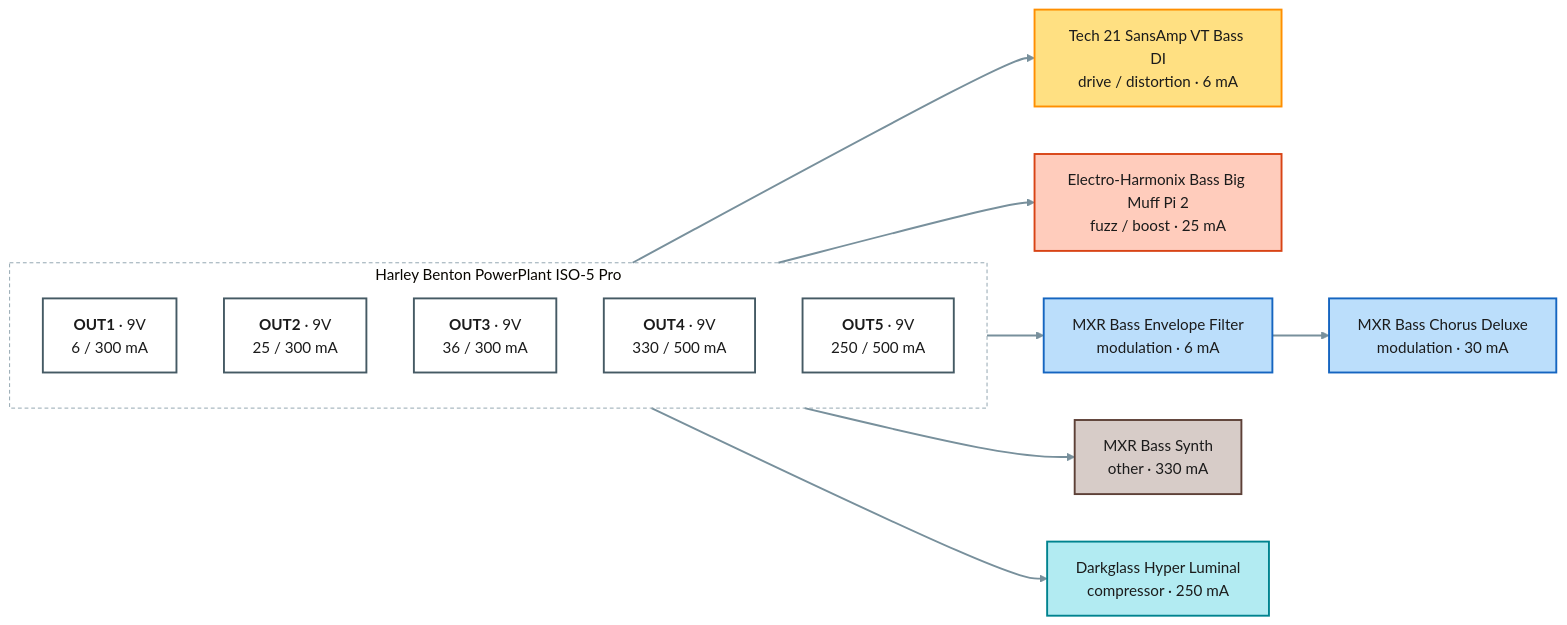
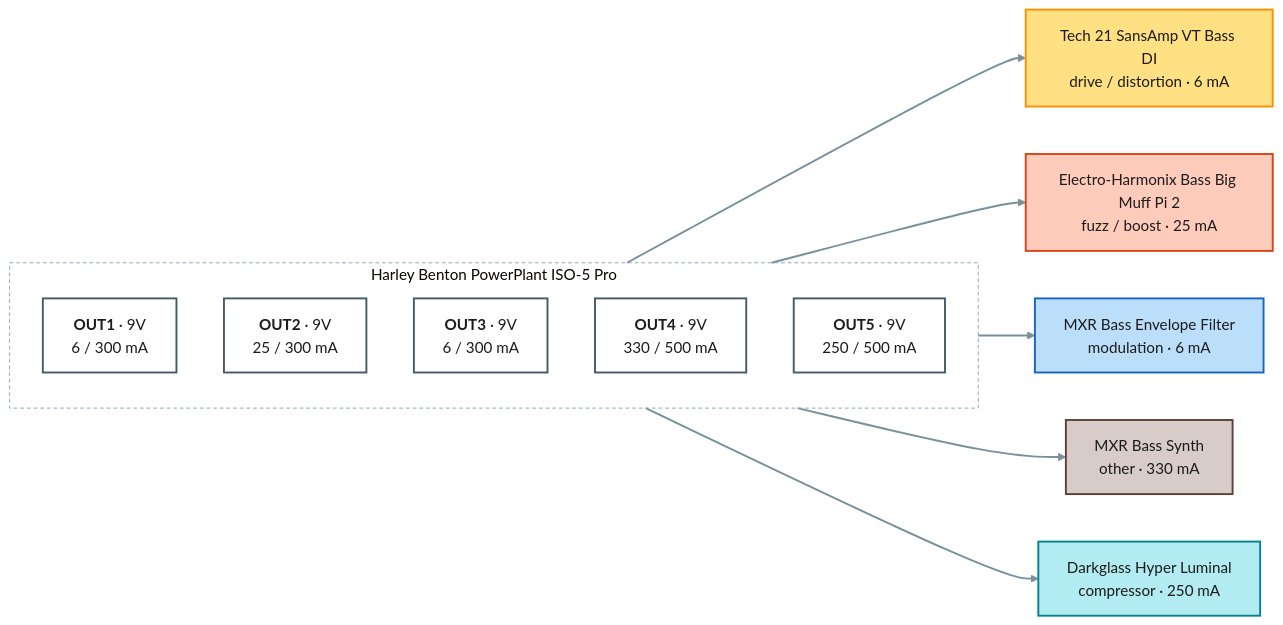
The second of 2 diagrams in projects/bass/README.md (pedroacvieira/pedalboard), drawn with Mermaid (base theme) before and after one commit. The commit also changed other lines of this file and 22 other files, not shown here.

Commit message:
Bass without the Chorus Deluxe (owner); practice proposals; pedal-preferences plan; handovers; TODO

````diff
--- a/projects/bass/README.md
+++ b/projects/bass/README.md
@@ -70,33 +60,31 @@
 ```mermaid
 flowchart LR
     subgraph psu1["Harley Benton PowerPlant ISO-5 Pro"]
         direction TB
         psu1_OUT1["<b>OUT1</b> · 9V<br/>6 / 300 mA"]:::out9
         psu1_OUT2["<b>OUT2</b> · 9V<br/>25 / 300 mA"]:::out9
-        psu1_OUT3["<b>OUT3</b> · 9V<br/>36 / 300 mA"]:::out9
+        psu1_OUT3["<b>OUT3</b> · 9V<br/>6 / 300 mA"]:::out9
         psu1_OUT4["<b>OUT4</b> · 9V<br/>330 / 500 mA"]:::out9
         psu1_OUT5["<b>OUT5</b> · 9V<br/>250 / 500 mA"]:::out9
     end
     tech21_vt_bass_di["Tech 21 SansAmp VT Bass DI<br/>drive / distortion · 6 mA"]:::c_drive___distortion
     ehx_bass_big_muff_2["Electro-Harmonix Bass Big Muff Pi 2<br/>fuzz / boost · 25 mA"]:::c_fuzz___boost
     mxr_bass_envelope_filter["MXR Bass Envelope Filter<br/>modulation · 6 mA"]:::c_modulation
-    mxr_bass_chorus_deluxe["MXR Bass Chorus Deluxe<br/>modulation · 30 mA"]:::c_modulation
     mxr_bass_synth["MXR Bass Synth<br/>other · 330 mA"]:::c_other
     darkglass_hyper_luminal["Darkglass Hyper Luminal<br/>compressor · 250 mA"]:::c_compressor
     psu1_OUT1 --> tech21_vt_bass_di
     psu1_OUT2 --> ehx_bass_big_muff_2
     psu1_OUT3 --> mxr_bass_envelope_filter
-    mxr_bass_envelope_filter --> mxr_bass_chorus_deluxe
     psu1_OUT4 --> mxr_bass_synth
     psu1_OUT5 --> darkglass_hyper_luminal
     classDef out9 fill:#ffffff,stroke:#455a64,stroke-width:2px,color:#1b1b1b
     classDef out18 fill:#ffffff,stroke:#d84315,stroke-width:3px,color:#1b1b1b
     classDef spare fill:#fafafa,stroke:#9e9e9e,stroke-dasharray:4 3,color:#757575
     classDef c_compressor fill:#b2ebf2,stroke:#00838f,stroke-width:2px,color:#1b1b1b
     classDef c_fuzz___boost fill:#ffccbc,stroke:#d84315,stroke-width:2px,color:#1b1b1b
     classDef c_drive___distortion fill:#ffe082,stroke:#ff8f00,stroke-width:2px,color:#1b1b1b
     classDef c_modulation fill:#bbdefb,stroke:#1565c0,stroke-width:2px,color:#1b1b1b
     classDef c_other fill:#d7ccc8,stroke:#5d4037,stroke-width:2px,color:#1b1b1b
     style psu1 fill:none,stroke:#90a4ae,stroke-dasharray:4 3
     linkStyle default stroke:#78909c,stroke-width:2px
 ```
````
